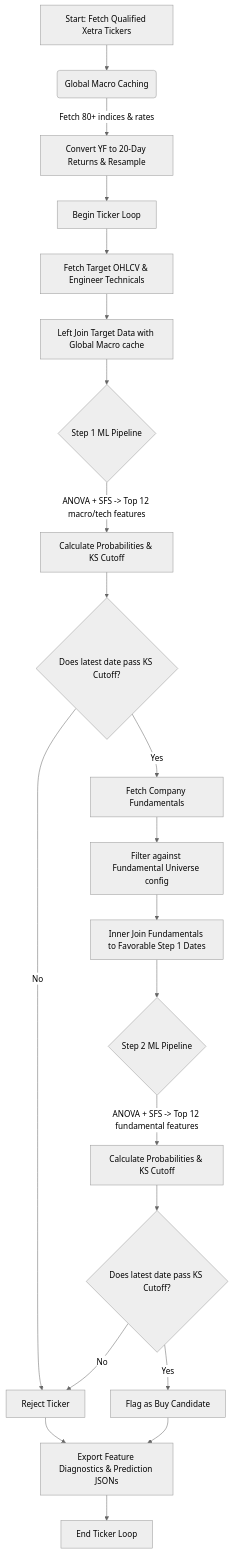
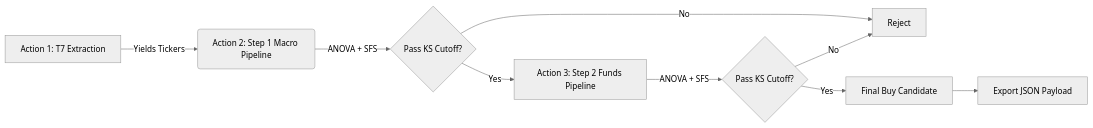
Before and after one commit to kleinnconrad/stock-predictor: the diagram in README.md, drawn with Mermaid (neutral theme). The commit also changed other lines of this file, not shown here.

Commit message:
docs: update project description and architecture diagram to reflect distributed GitHub Actions workflow

````diff
--- a/README.md
+++ b/README.md
@@ -27,30 +28,14 @@
 ```mermaid
-graph TD
-    A[Start: Fetch Qualified Xetra Tickers] --> B(Global Macro Caching)
-    B -->|Fetch 80+ indices & rates| C[Convert YF to 20-Day Returns & Resample]
+graph LR
+    A[Action 1: T7 Extraction] -->|Yields Tickers| B(Action 2: Step 1 Macro Pipeline)
     
-    C --> D[Begin Ticker Loop]
-    D --> E[Fetch Target OHLCV & Engineer Technicals]
-    E --> F[Left Join Target Data with Global Macro cache]
+    B -->|ANOVA + SFS| C{Pass KS Cutoff?}
+    C -->|No| D[Reject]
+    C -->|Yes| E[Action 3: Step 2 Funds Pipeline]
     
-    F --> G{Step 1 ML Pipeline}
-    G -->|ANOVA + SFS -> Top 12 macro/tech features| H[Calculate Probabilities & KS Cutoff]
+    E -->|ANOVA + SFS| F{Pass KS Cutoff?}
+    F -->|No| D
+    F -->|Yes| G[Final Buy Candidate]
     
-    H --> I{Does latest date pass KS Cutoff?}
-    I -->|No| J[Reject Ticker]
-    I -->|Yes| K[Fetch Company Fundamentals]
-    
-    K --> L[Filter against Fundamental Universe config]
-    L --> M[Inner Join Fundamentals to Favorable Step 1 Dates]
-    
-    M --> N{Step 2 ML Pipeline}
-    N -->|ANOVA + SFS -> Top 12 fundamental features| O[Calculate Probabilities & KS Cutoff]
-    
-    O --> P{Does latest date pass KS Cutoff?}
-    P -->|No| J
-    P -->|Yes| Q[Flag as Buy Candidate]
-    
-    Q --> R[Export Feature Diagnostics & Prediction JSONs]
-    J --> R
-    R --> S[End Ticker Loop]
+    G --> H[Export JSON Payload]
 ```
````
